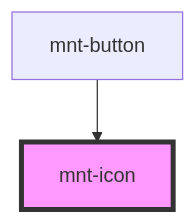
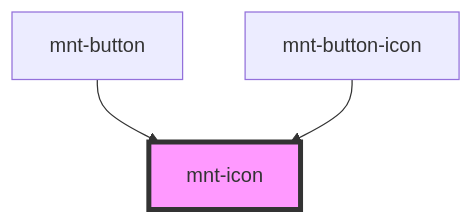
The diagram in src/components/icon/readme.md (yooga-tecnologia/mantra), drawn with Mermaid before and after one commit. The commit also changed other lines of this file and 23 other files, not shown here.

Commit message:
feat(button-icon): create component

````diff
--- a/src/components/icon/readme.md
+++ b/src/components/icon/readme.md
@@ -26,5 +27,6 @@
 ```mermaid
 graph TD;
   mnt-button --> mnt-icon
+  mnt-button-icon --> mnt-icon
   style mnt-icon fill:#f9f,stroke:#333,stroke-width:4px
 ```
````
